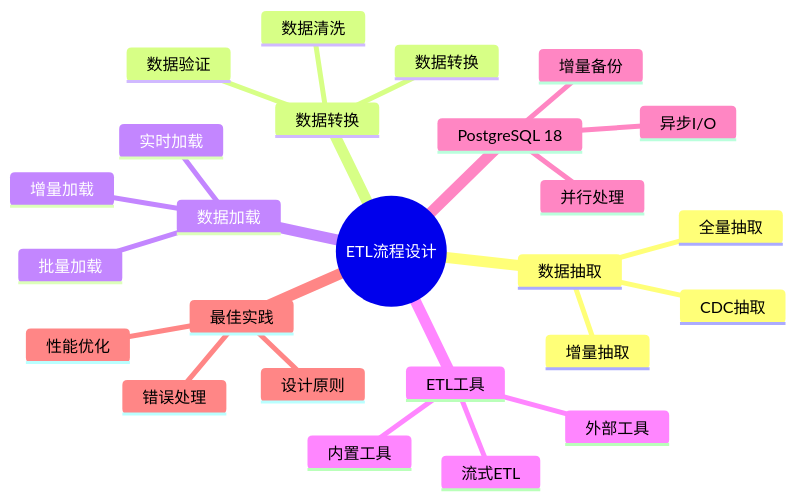
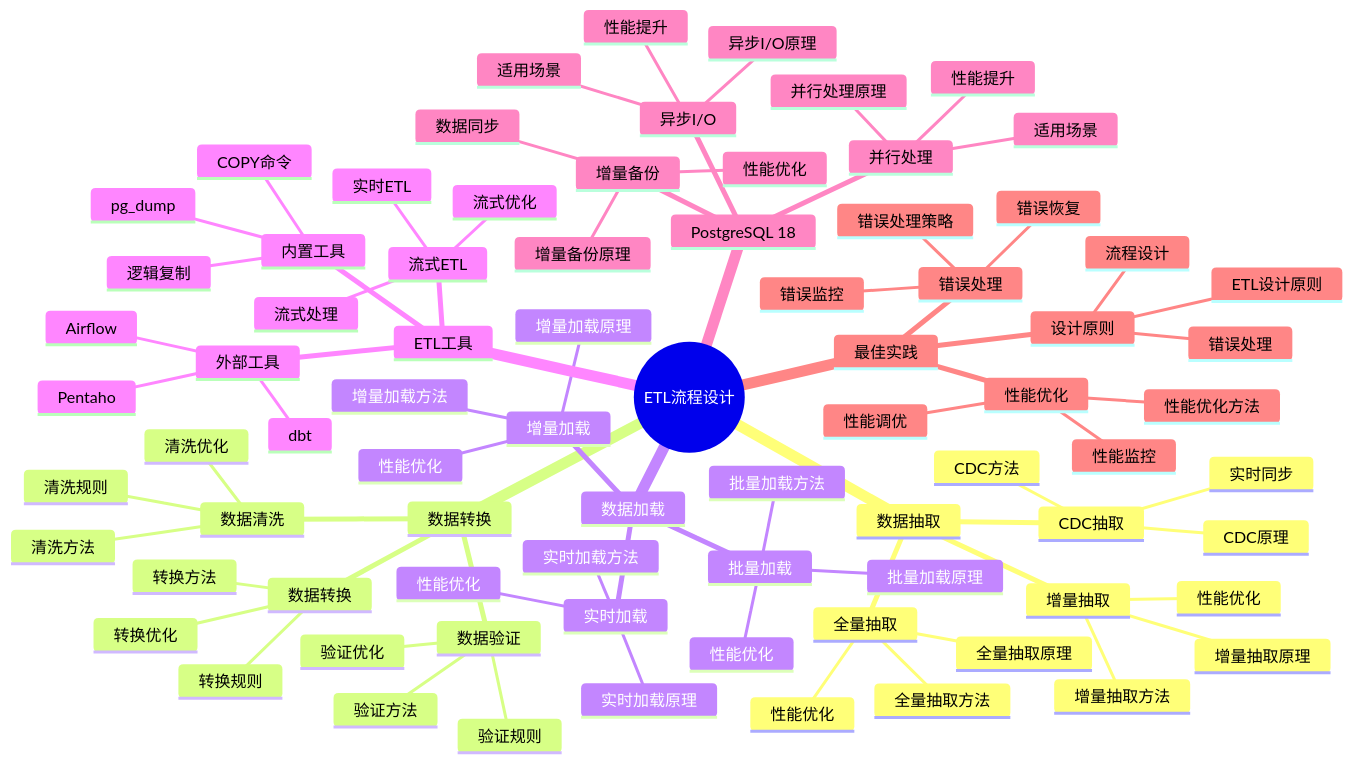
One commit to AdaMartin18010/Data-Science changed the diagram in PostgreSQL/12-全面使用分析/03-数据视角/03.02-ETL流程设计.md. Above: the diagram before and after it, drawn with Mermaid. The commit also changed other lines of this file and 51 other files, not shown here.

````diff
--- a/PostgreSQL/12-全面使用分析/03-数据视角/03.02-ETL流程设计.md
+++ b/PostgreSQL/12-全面使用分析/03-数据视角/03.02-ETL流程设计.md
@@ -52,28 +52,82 @@
 ```mermaid
 mindmap
   root((ETL流程设计))
     数据抽取
       全量抽取
+        全量抽取原理
+        全量抽取方法
+        性能优化
       增量抽取
+        增量抽取原理
+        增量抽取方法
+        性能优化
       CDC抽取
+        CDC原理
+        CDC方法
+        实时同步
     数据转换
       数据清洗
+        清洗规则
+        清洗方法
+        清洗优化
       数据转换
+        转换规则
+        转换方法
+        转换优化
       数据验证
+        验证规则
+        验证方法
+        验证优化
     数据加载
       批量加载
+        批量加载原理
+        批量加载方法
+        性能优化
       增量加载
+        增量加载原理
+        增量加载方法
+        性能优化
       实时加载
+        实时加载原理
+        实时加载方法
+        性能优化
     ETL工具
       内置工具
+        COPY命令
+        pg_dump
+        逻辑复制
       外部工具
+        Airflow
+        dbt
+        Pentaho
       流式ETL
+        流式处理
+        实时ETL
+        流式优化
     PostgreSQL 18
       异步I/O
+        异步I/O原理
+        性能提升
+        适用场景
       并行处理
+        并行处理原理
+        性能提升
+        适用场景
       增量备份
+        增量备份原理
+        数据同步
+        性能优化
     最佳实践
       设计原则
+        ETL设计原则
+        流程设计
+        错误处理
       性能优化
+        性能优化方法
+        性能监控
+        性能调优
       错误处理
+        错误处理策略
+        错误恢复
+        错误监控
 ```
````
